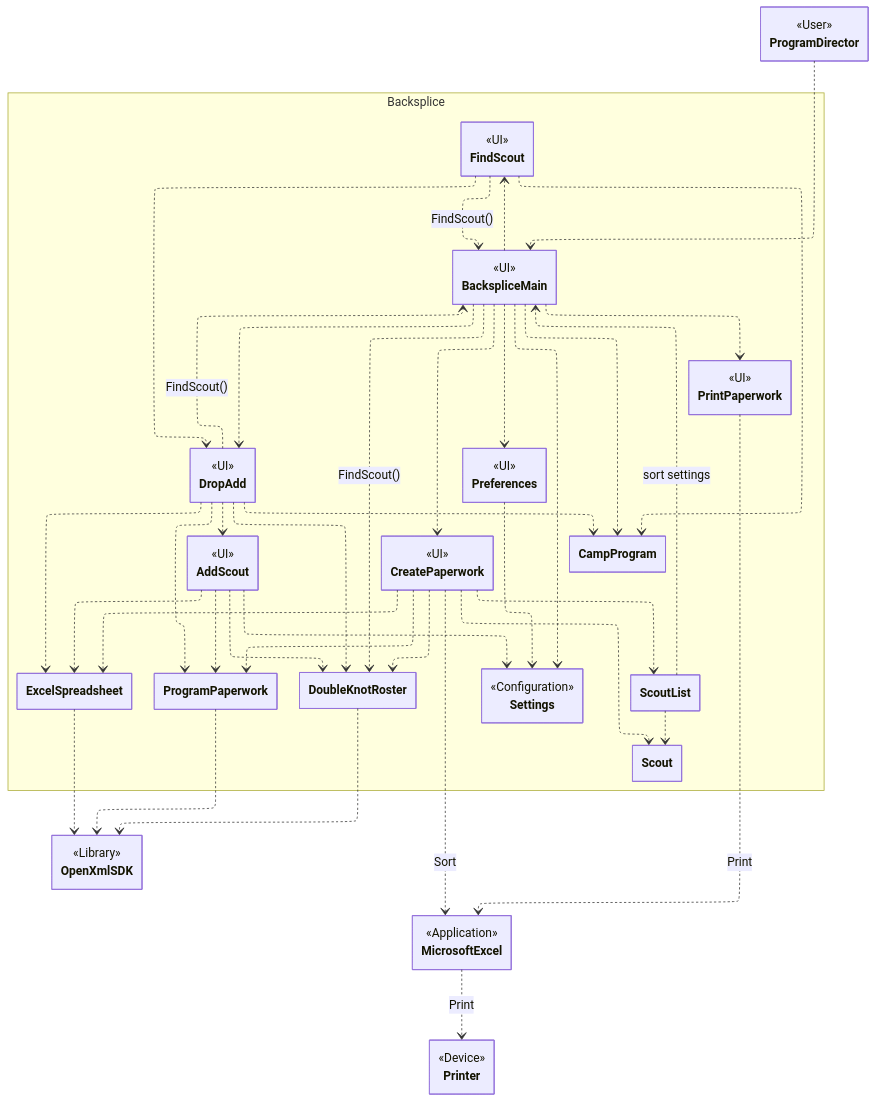
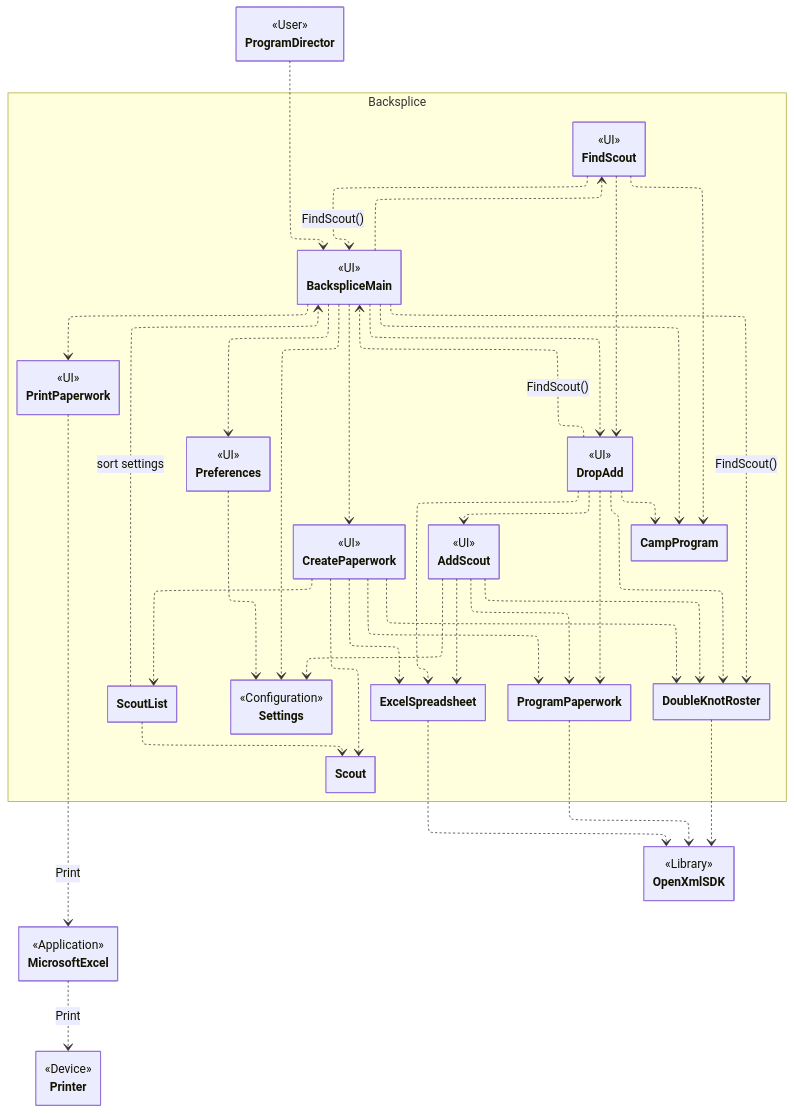
The second of 20 diagrams in docs/architecture.md (james-d-hasselman/Backsplice-Classic), drawn with Mermaid before and after one commit. The commit also changed other lines of this file and 5 other files, not shown here.

```diff
--- a/docs/architecture.md
+++ b/docs/architecture.md
@@ -164,7 +164,6 @@
   CreatePaperwork ..> Scout
   CreatePaperwork ..> ProgramPaperwork
   CreatePaperwork ..> ExcelSpreadsheet
-  CreatePaperwork ..> MicrosoftExcel : Sort
   PrintPaperwork ..> MicrosoftExcel : Print
   FindScout ..> BackspliceMain : FindScout()
   FindScout ..> DropAdd
```
